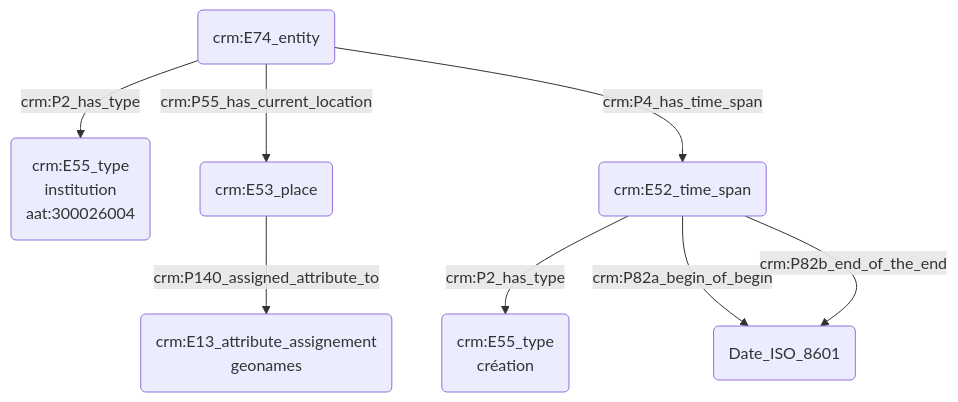
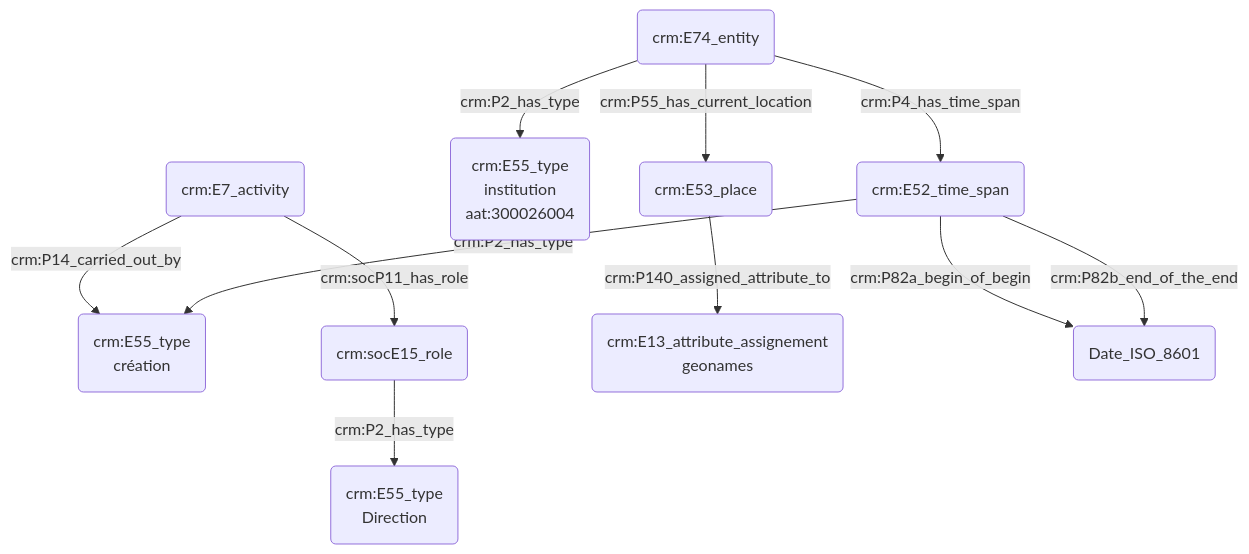
One commit to Amleth/consortium-musica2-gt2-ontologies changed the diagram in modules/livrables/Dossier 2/Prosopographie/statut ou rôle au sein d'une institution.md. Above: the diagram before and after it, drawn with Mermaid.

Commit message:
Update statut ou rôle au sein d'une institution.md

````diff
--- a/modules/livrables/Dossier 2/Prosopographie/statut ou rôle au sein d'une institution.md
+++ b/modules/livrables/Dossier 2/Prosopographie/statut ou rôle au sein d'une institution.md
@@ -11,13 +11,16 @@
 ```mermaid
 graph TD;
 
+H(crm:E7_activity) --> |crm:P14_carried_out_by| G(crm:E21_person)
+H(crm:E7_activity) --> |crm:socP11_has_role| J(crm:socE15_role)
+J(crm:socE15_role) -->|crm:P2_has_type| I(crm:E55_type<br>Direction)
 
 A(crm:E74_entity) -->|crm:P2_has_type| B(crm:E55_type<br>institution<br>aat:300026004)
 A(crm:E1_entity) -->|crm:P55_has_current_location| C(crm:E53_place)
 C(crm:E53_place) -->|crm:P140_assigned_attribute_to| D(crm:E13_attribute_assignement<br>geonames)
 A(crm:E74_entity) -->|crm:P4_has_time_span| E(crm:E52_time_span)
 E(crm:E52_time_span) -->|crm:P2_has_type| G(crm:E55_type<br>création)
 E(crm:E52_time_span) -->|crm:P82a_begin_of_begin| F(Date_ISO_8601)
 E(crm:E52_time_span) -->|crm:P82b_end_of_the_end| F(Date_ISO_8601)
 
 ```
````
